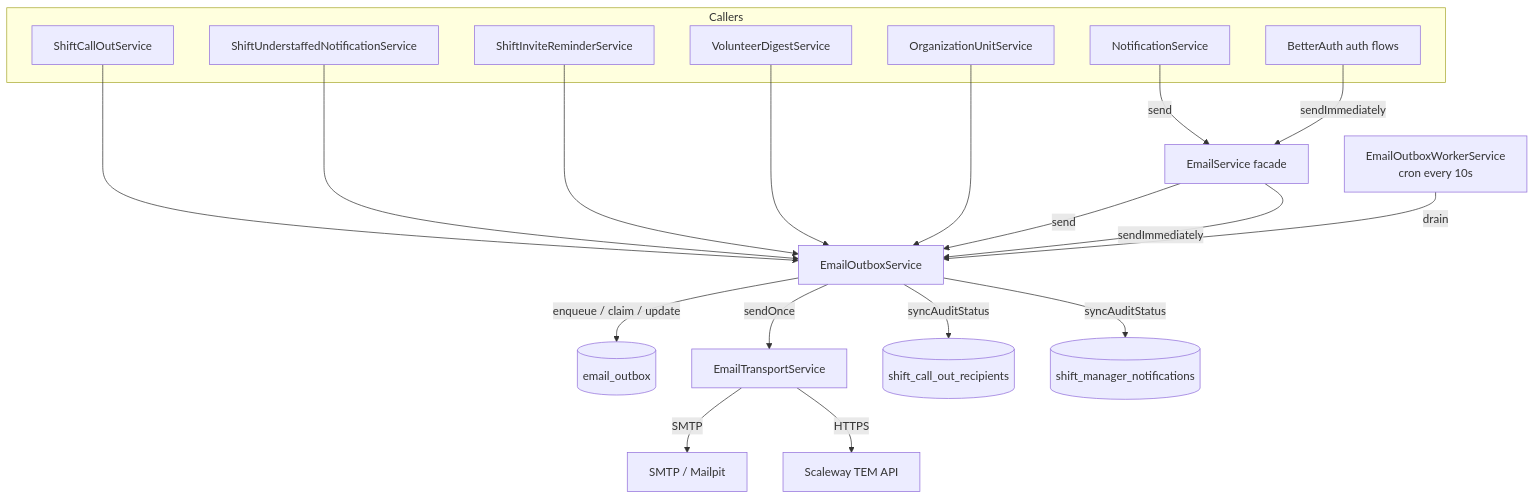
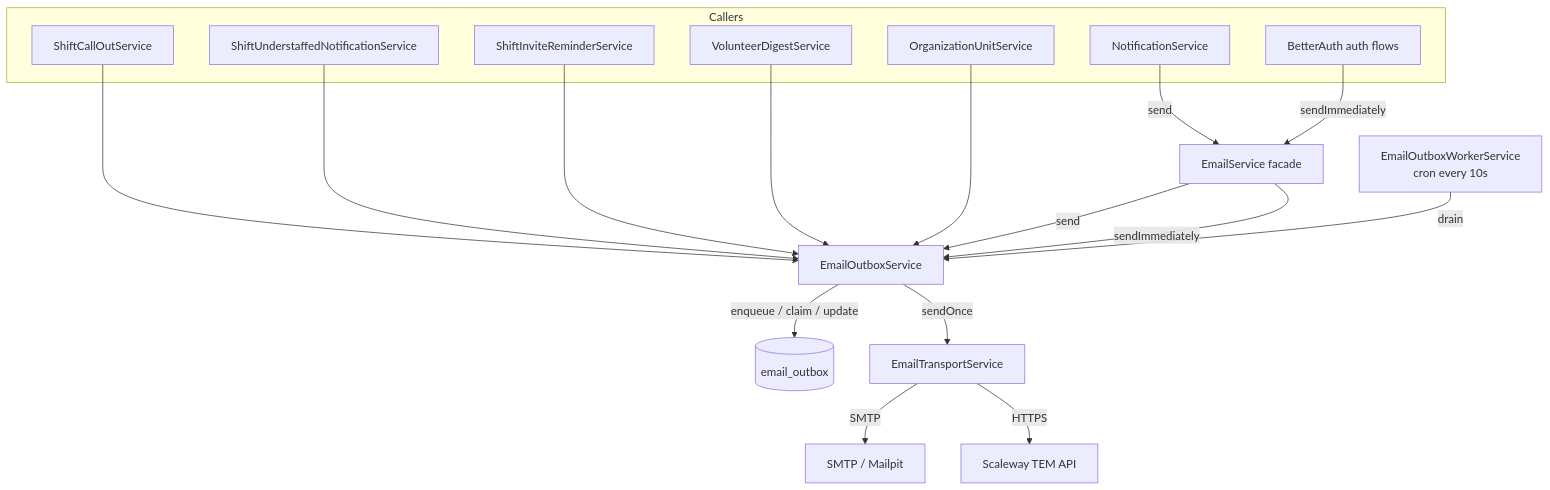
The first of 5 diagrams in docs/specs/2026-10-21-email-outbox-design.md (Caluno-GmbH/caluno), drawn with Mermaid before and after one commit. The commit also changed other lines of this file and 12 other files, not shown here.

First line of the commit message:
refactor(email): decouple the outbox from shift audit tables

````diff
--- a/docs/specs/2026-10-21-email-outbox-design.md
+++ b/docs/specs/2026-10-21-email-outbox-design.md
@@ -14,39 +14,35 @@
 ```mermaid
 flowchart TB
   subgraph Callers
     CO[ShiftCallOutService]
     US[ShiftUnderstaffedNotificationService]
     IR[ShiftInviteReminderService]
     DG[VolunteerDigestService]
     OS[OrganizationUnitService]
     NS[NotificationService]
     AU[BetterAuth auth flows]
   end
 
   ES[EmailService facade]
   OB[EmailOutboxService]
   DB[(email_outbox)]
   WK[EmailOutboxWorkerService<br/>cron every 10s]
   TR[EmailTransportService]
   SMTP[SMTP / Mailpit]
   TEM[Scaleway TEM API]
-  A1[(shift_call_out_recipients)]
-  A2[(shift_manager_notifications)]
 
   CO --> OB
   US --> OB
   IR --> OB
   DG --> OB
   OS --> OB
   NS -->|send| ES
   AU -->|sendImmediately| ES
   ES -->|send| OB
   ES -->|sendImmediately| OB
   OB -->|enqueue / claim / update| DB
   WK -->|drain| OB
   OB -->|sendOnce| TR
   TR -->|SMTP| SMTP
   TR -->|HTTPS| TEM
-  OB -->|syncAuditStatus| A1
-  OB -->|syncAuditStatus| A2
 ```
````
